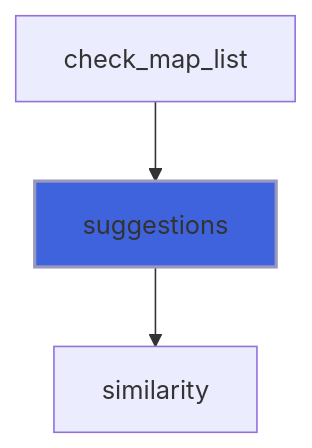
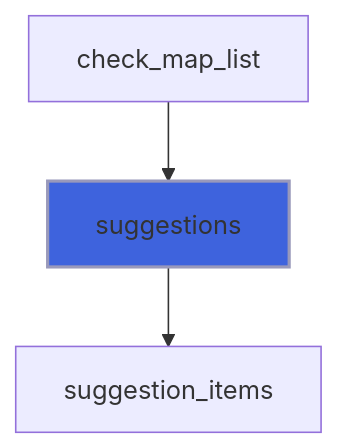
One commit to szaghi/FLAP changed diagram 21 of 23 in docs/api/src/lib/flap_utils_m.md. Above: the diagram before and after it, drawn with Mermaid. The commit also changed other lines of this file and 22 other files, not shown here.

````diff
--- a/docs/api/src/lib/flap_utils_m.md
+++ b/docs/api/src/lib/flap_utils_m.md
@@ -659,6 +780,6 @@
 ```mermaid
 flowchart TD
   check_map_list["check_map_list"] --> suggestions["suggestions"]
-  suggestions["suggestions"] --> similarity["similarity"]
+  suggestions["suggestions"] --> suggestion_items["suggestion_items"]
   style suggestions fill:#3e63dd,stroke:#99b,stroke-width:2px
 ```
````
